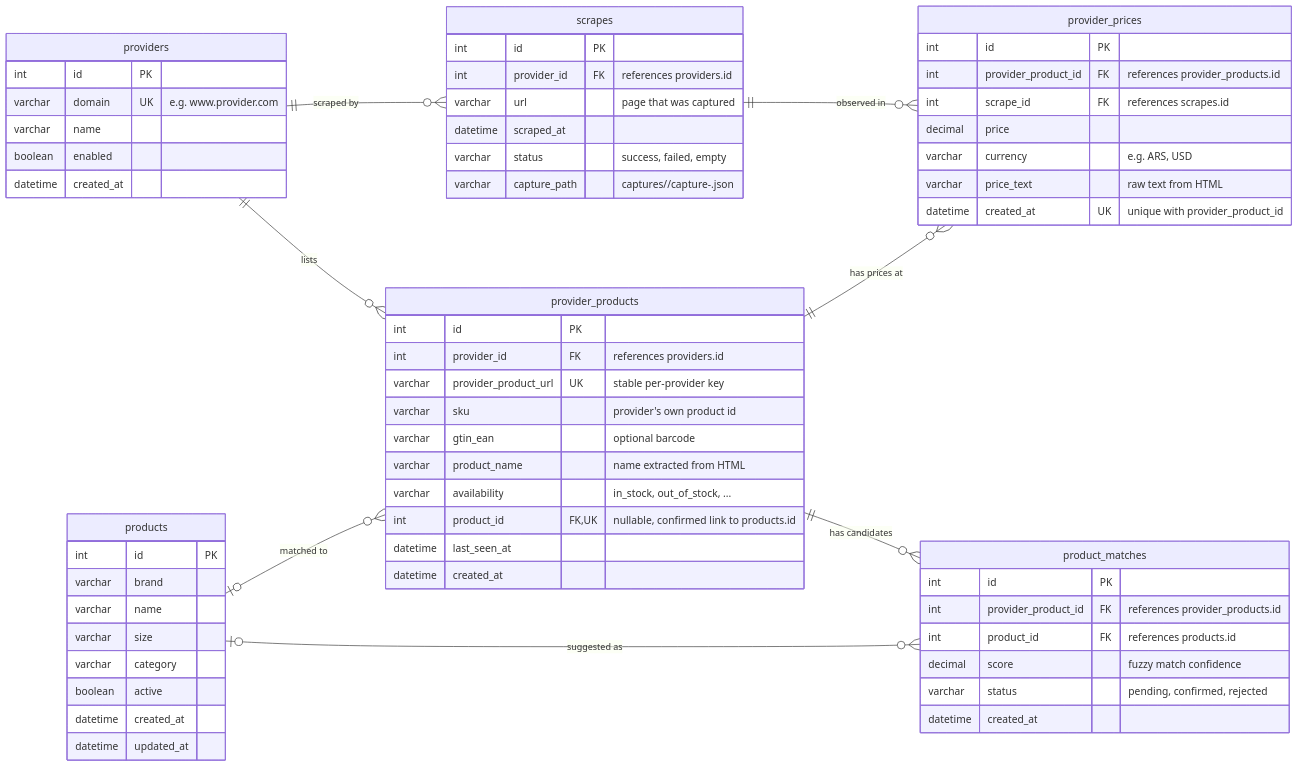
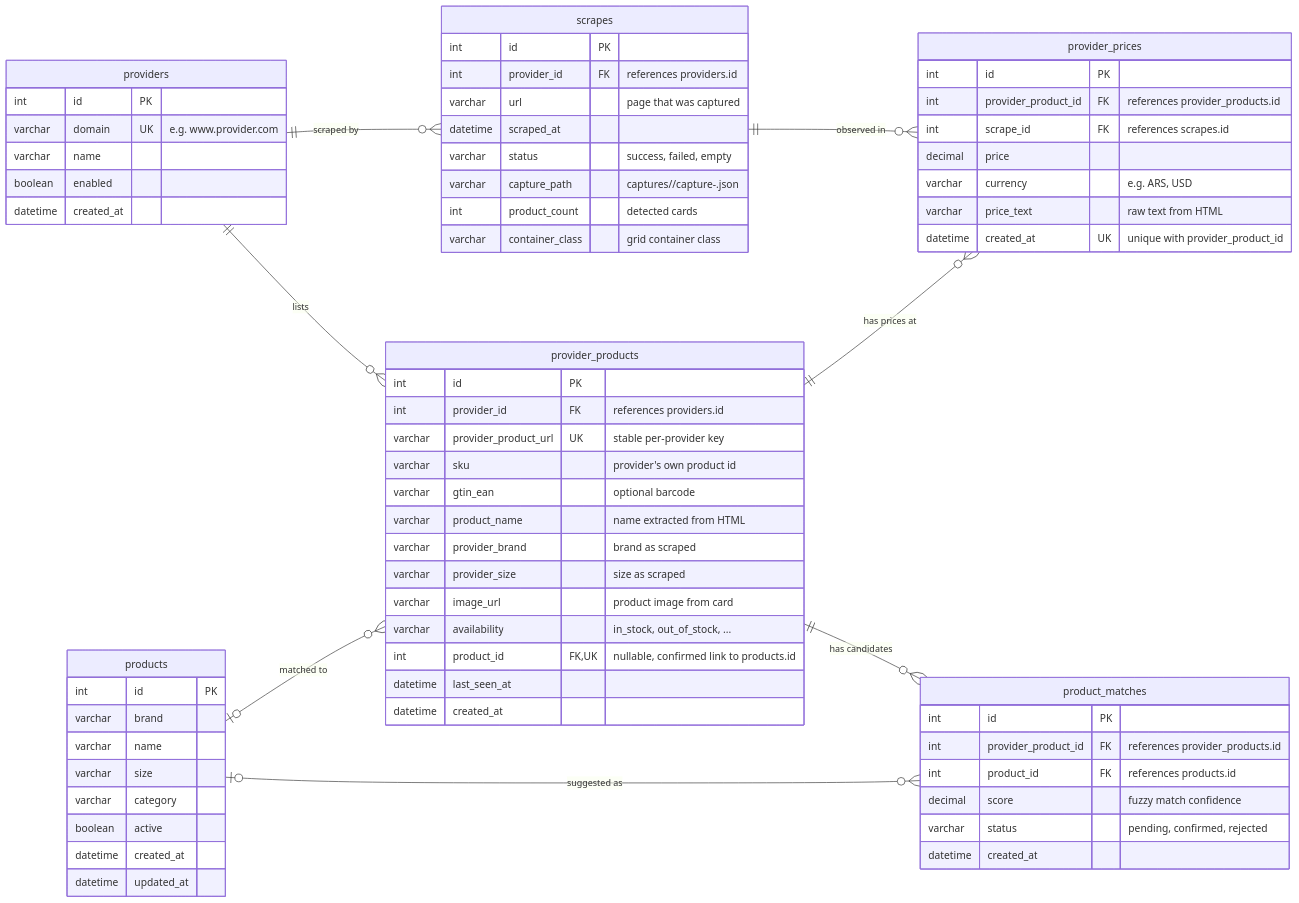
The diagram in DATABASE.md (romayengineer/price_hunter), drawn with Mermaid before and after one commit. The commit also changed other lines of this file, not shown here.

Commit message:
more fields like provider brand and size

````diff
--- a/DATABASE.md
+++ b/DATABASE.md
@@ -5,72 +5,77 @@
 ```mermaid
 erDiagram
     direction LR
 
     providers {
         int id PK
         varchar domain UK "e.g. www.provider.com"
         varchar name
         boolean enabled
         datetime created_at
     }
 
     products {
         int id PK
         varchar brand
         varchar name
         varchar size
         varchar category
         boolean active
         datetime created_at
         datetime updated_at
     }
 
     scrapes {
         int id PK
         int provider_id FK "references providers.id"
         varchar url "page that was captured"
         datetime scraped_at
         varchar status "success, failed, empty"
         varchar capture_path "captures/<domain>/capture-<ts>.json"
+        int product_count "detected cards"
+        varchar container_class "grid container class"
     }
 
     provider_products {
         int id PK
         int provider_id FK "references providers.id"
         varchar provider_product_url UK "stable per-provider key"
         varchar sku "provider's own product id"
         varchar gtin_ean "optional barcode"
         varchar product_name "name extracted from HTML"
+        varchar provider_brand "brand as scraped"
+        varchar provider_size "size as scraped"
+        varchar image_url "product image from card"
         varchar availability "in_stock, out_of_stock, ..."
         int product_id FK, UK "nullable, confirmed link to products.id"
         datetime last_seen_at
         datetime created_at
     }
 
     product_matches {
         int id PK
         int provider_product_id FK "references provider_products.id"
         int product_id FK "references products.id"
         decimal score "fuzzy match confidence"
         varchar status "pending, confirmed, rejected"
         datetime created_at
     }
 
     provider_prices {
         int id PK
         int provider_product_id FK "references provider_products.id"
         int scrape_id FK "references scrapes.id"
         decimal price
         varchar currency "e.g. ARS, USD"
         varchar price_text "raw text from HTML"
         datetime created_at UK "unique with provider_product_id"
     }
 
     providers ||--o{ scrapes : "scraped by"
     providers ||--o{ provider_products : "lists"
     products o|--o{ provider_products : "matched to"
     provider_products ||--o{ product_matches : "has candidates"
     products o|--o{ product_matches : "suggested as"
     scrapes ||--o{ provider_prices : "observed in"
     provider_products ||--o{ provider_prices : "has prices at"
 ```
````
